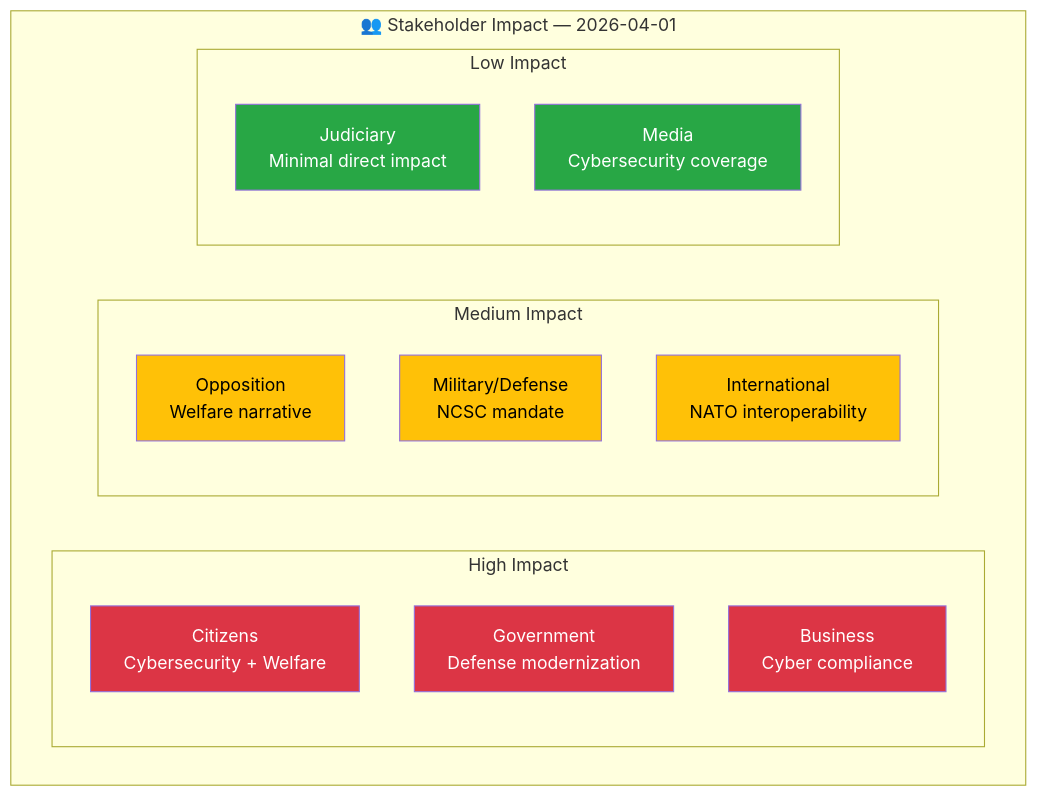
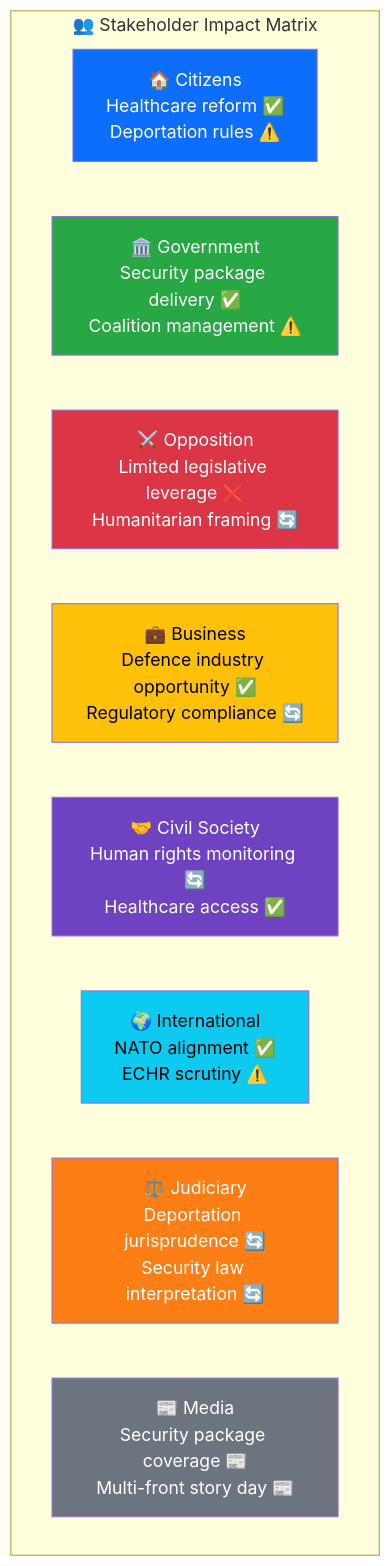
The diagram in analysis/daily/2026-04-01/stakeholder-perspectives.md (Hack23/riksdagsmonitor), drawn with Mermaid before and after one commit. The commit also changed other lines of this file and 74 other files, not shown here.

First line of the commit message:
📊 Analysis: Security Package & Healthcare Reform - 2026-04-01

````diff
--- a/analysis/daily/2026-04-01/stakeholder-perspectives.md
+++ b/analysis/daily/2026-04-01/stakeholder-perspectives.md
@@ -15,28 +11,22 @@
 ```mermaid
 graph TD
-    subgraph "👥 Stakeholder Impact — 2026-04-01"
-        subgraph "High Impact"
-            CIT["Citizens<br/>Cybersecurity + Welfare"]
-            GOV["Government<br/>Defense modernization"]
-            BUS["Business<br/>Cyber compliance"]
-        end
-        subgraph "Medium Impact"
-            OPP["Opposition<br/>Welfare narrative"]
-            MIL["Military/Defense<br/>NCSC mandate"]
-            INT["International<br/>NATO interoperability"]
-        end
-        subgraph "Low Impact"
-            JUD["Judiciary<br/>Minimal direct impact"]
-            MED["Media<br/>Cybersecurity coverage"]
-        end
+    subgraph "👥 Stakeholder Impact Matrix"
+        CIT["🏠 Citizens<br/>Healthcare reform ✅<br/>Deportation rules ⚠️"]
+        GOV["🏛️ Government<br/>Security package delivery ✅<br/>Coalition management ⚠️"]
+        OPP["⚔️ Opposition<br/>Limited legislative leverage ❌<br/>Humanitarian framing 🔄"]
+        BUS["💼 Business<br/>Defence industry opportunity ✅<br/>Regulatory compliance 🔄"]
+        CIV["🤝 Civil Society<br/>Human rights monitoring 🔄<br/>Healthcare access ✅"]
+        INT["🌍 International<br/>NATO alignment ✅<br/>ECHR scrutiny ⚠️"]
+        JUD["⚖️ Judiciary<br/>Deportation jurisprudence 🔄<br/>Security law interpretation 🔄"]
+        MED["📰 Media<br/>Security package coverage 📰<br/>Multi-front story day 📰"]
     end
 
-    style CIT fill:#dc3545,color:#fff
-    style GOV fill:#dc3545,color:#fff
-    style BUS fill:#dc3545,color:#fff
-    style OPP fill:#ffc107,color:#000
-    style MIL fill:#ffc107,color:#000
-    style INT fill:#ffc107,color:#000
-    style JUD fill:#28a745,color:#fff
-    style MED fill:#28a745,color:#fff
+    style CIT fill:#0d6efd,color:#fff
+    style GOV fill:#28a745,color:#fff
+    style OPP fill:#dc3545,color:#fff
+    style BUS fill:#ffc107,color:#000
+    style CIV fill:#6f42c1,color:#fff
+    style INT fill:#0dcaf0,color:#000
+    style JUD fill:#fd7e14,color:#fff
+    style MED fill:#6c757d,color:#fff
 ```
````
